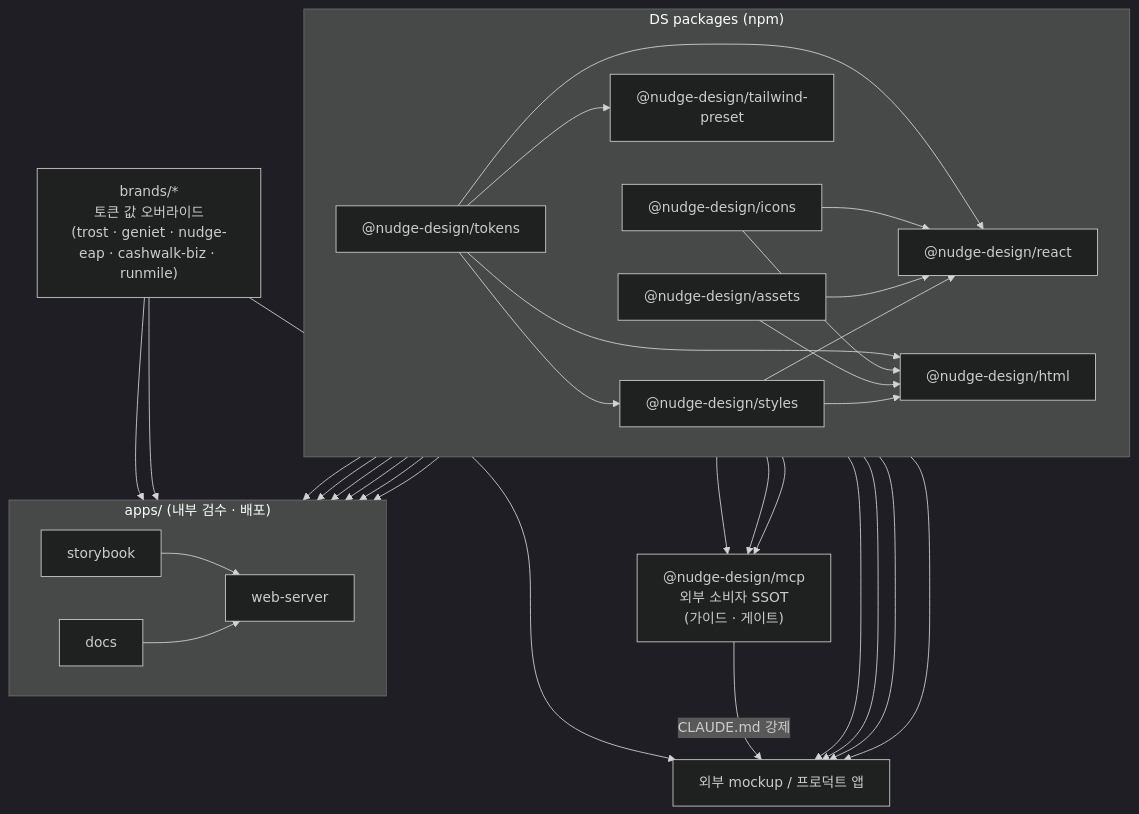
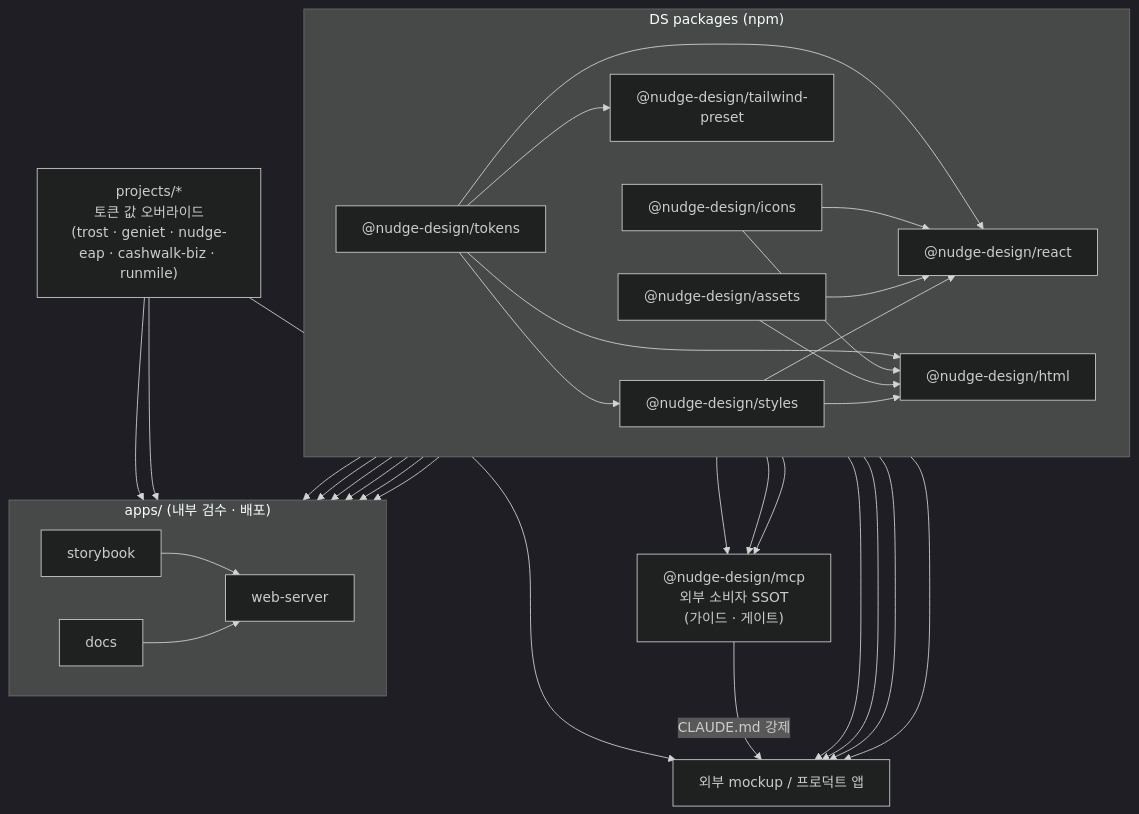
Before and after one commit to ios-nous178/NDS_Project: the first of 4 diagrams in README.md, drawn with Mermaid (dark theme). The commit also changed other lines of this file and 1152 other files, not shown here.

````diff
--- a/README.md
+++ b/README.md
@@ -34,41 +34,41 @@
 ```mermaid
 flowchart TB
   subgraph DS["DS packages (npm)"]
     direction LR
     TK["@nudge-design/tokens"]
     IC["@nudge-design/icons"]
     AS["@nudge-design/assets"]
     ST["@nudge-design/styles"]
     RC["@nudge-design/react"]
     HT["@nudge-design/html"]
     TW["@nudge-design/tailwind-preset"]
   end
 
-  BR["brands/*<br/>토큰 값 오버라이드<br/>(trost · geniet · nudge-eap · cashwalk-biz · runmile)"]
+  BR["projects/*<br/>토큰 값 오버라이드<br/>(trost · geniet · nudge-eap · cashwalk-biz · runmile)"]
 
   subgraph APPS["apps/ (내부 검수 · 배포)"]
     direction LR
     SB["storybook"]
     DC["docs"]
     WS["web-server"]
   end
 
   MCP["@nudge-design/mcp<br/>외부 소비자 SSOT<br/>(가이드 · 게이트)"]
   EXT["외부 mockup / 프로덕트 앱"]
 
   TK --> ST
   TK --> TW
   TK & IC & AS & ST --> RC
   TK & IC & AS & ST --> HT
 
   RC & HT & TW --> SB
   RC & HT & TW --> DC
   BR --> SB
   BR --> DC
   SB & DC --> WS
 
   TK & RC & IC --> MCP
 
   RC & HT & IC & TW & BR --> EXT
   MCP -->|CLAUDE.md 강제| EXT
 ```
````
